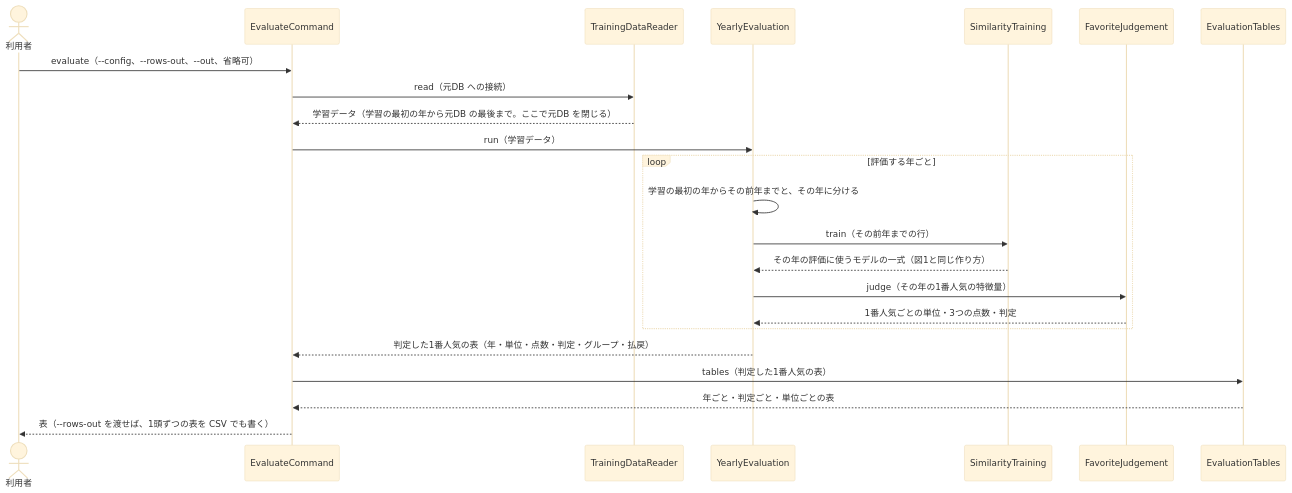
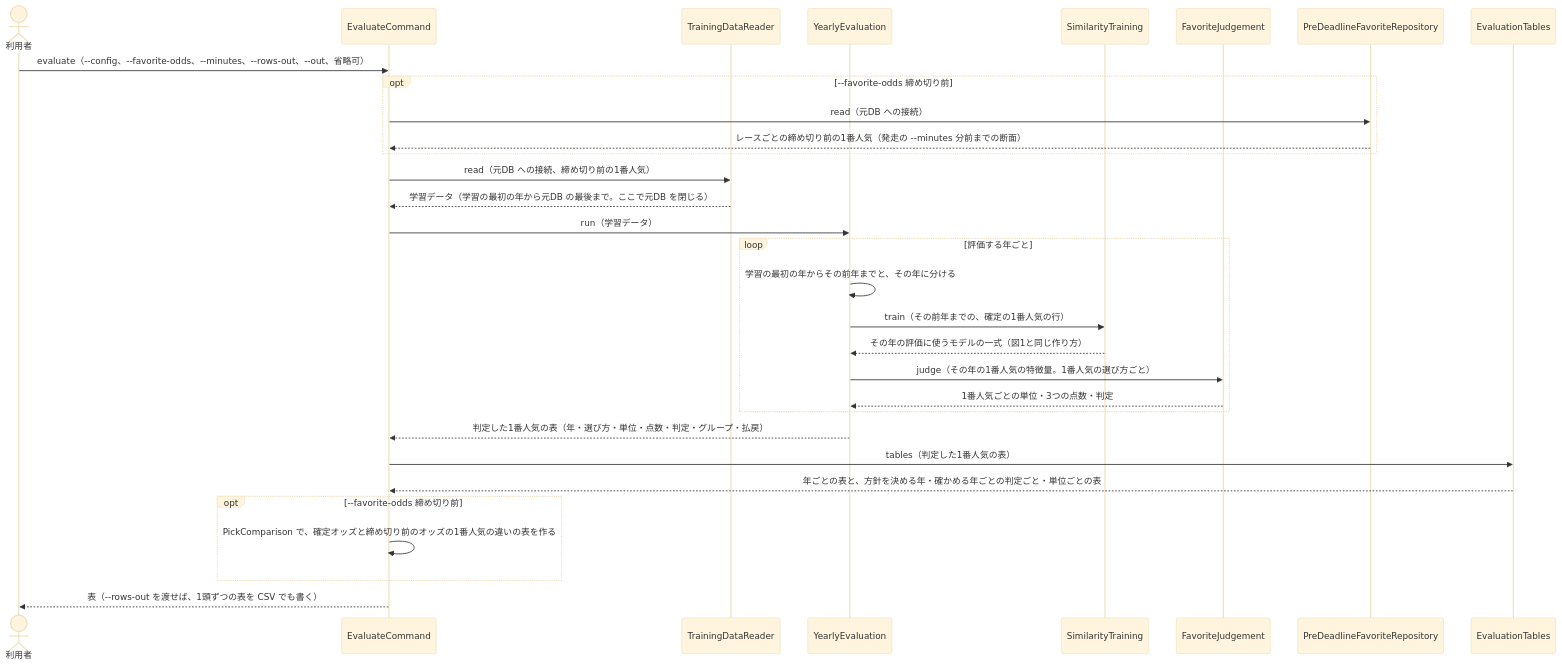
One commit to ht-0328/keiba-yosou changed the second of 3 diagrams in docs/design/1番人気を買うか消すかを予想/05-sequence.md. Above: the diagram before and after it, drawn with Mermaid (base theme). The commit also changed other lines of this file and 25 other files, not shown here.

````diff
--- a/docs/design/1番人気を買うか消すかを予想/05-sequence.md
+++ b/docs/design/1番人気を買うか消すかを予想/05-sequence.md
@@ -61,25 +61,33 @@
 ```mermaid
 sequenceDiagram
     actor U as 利用者
     participant C as EvaluateCommand
     participant R as TrainingDataReader
     participant Y as YearlyEvaluation
     participant T as SimilarityTraining
     participant J as FavoriteJudgement
+    participant P as PreDeadlineFavoriteRepository
     participant E as EvaluationTables
-    U->>C: evaluate（--config、--rows-out、--out、省略可）
-    C->>R: read（元DB への接続）
+    U->>C: evaluate（--config、--favorite-odds、--minutes、--rows-out、--out、省略可）
+    opt --favorite-odds 締め切り前
+        C->>P: read（元DB への接続）
+        P-->>C: レースごとの締め切り前の1番人気（発走の --minutes 分前までの断面）
+    end
+    C->>R: read（元DB への接続、締め切り前の1番人気）
     R-->>C: 学習データ（学習の最初の年から元DB の最後まで。ここで元DB を閉じる）
     C->>Y: run（学習データ）
     loop 評価する年ごと
         Y->>Y: 学習の最初の年からその前年までと、その年に分ける
-        Y->>T: train（その前年までの行）
+        Y->>T: train（その前年までの、確定の1番人気の行）
         T-->>Y: その年の評価に使うモデルの一式（図1と同じ作り方）
-        Y->>J: judge（その年の1番人気の特徴量）
+        Y->>J: judge（その年の1番人気の特徴量。1番人気の選び方ごと）
         J-->>Y: 1番人気ごとの単位・3つの点数・判定
     end
-    Y-->>C: 判定した1番人気の表（年・単位・点数・判定・グループ・払戻）
+    Y-->>C: 判定した1番人気の表（年・選び方・単位・点数・判定・グループ・払戻）
     C->>E: tables（判定した1番人気の表）
-    E-->>C: 年ごと・判定ごと・単位ごとの表
+    E-->>C: 年ごとの表と、方針を決める年・確かめる年ごとの判定ごと・単位ごとの表
+    opt --favorite-odds 締め切り前
+        C->>C: PickComparison で、確定オッズと締め切り前のオッズの1番人気の違いの表を作る
+    end
     C-->>U: 表（--rows-out を渡せば、1頭ずつの表を CSV でも書く）
 ```
````
